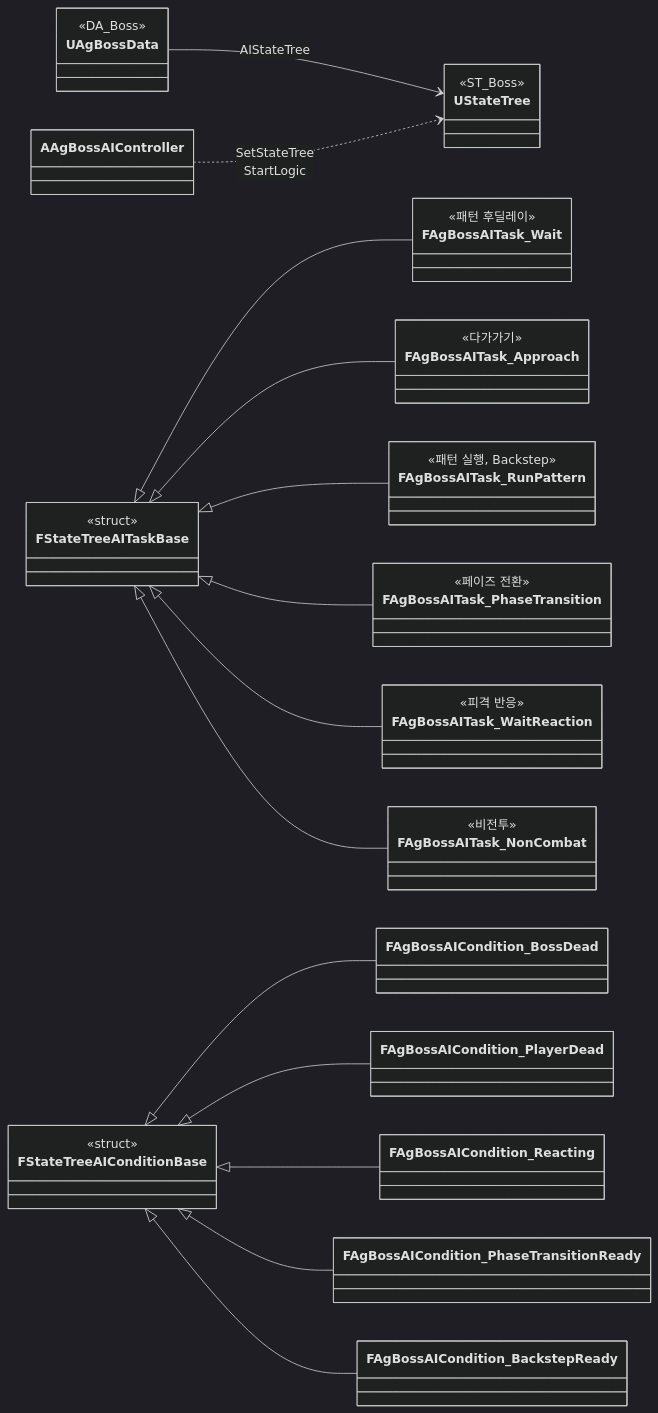
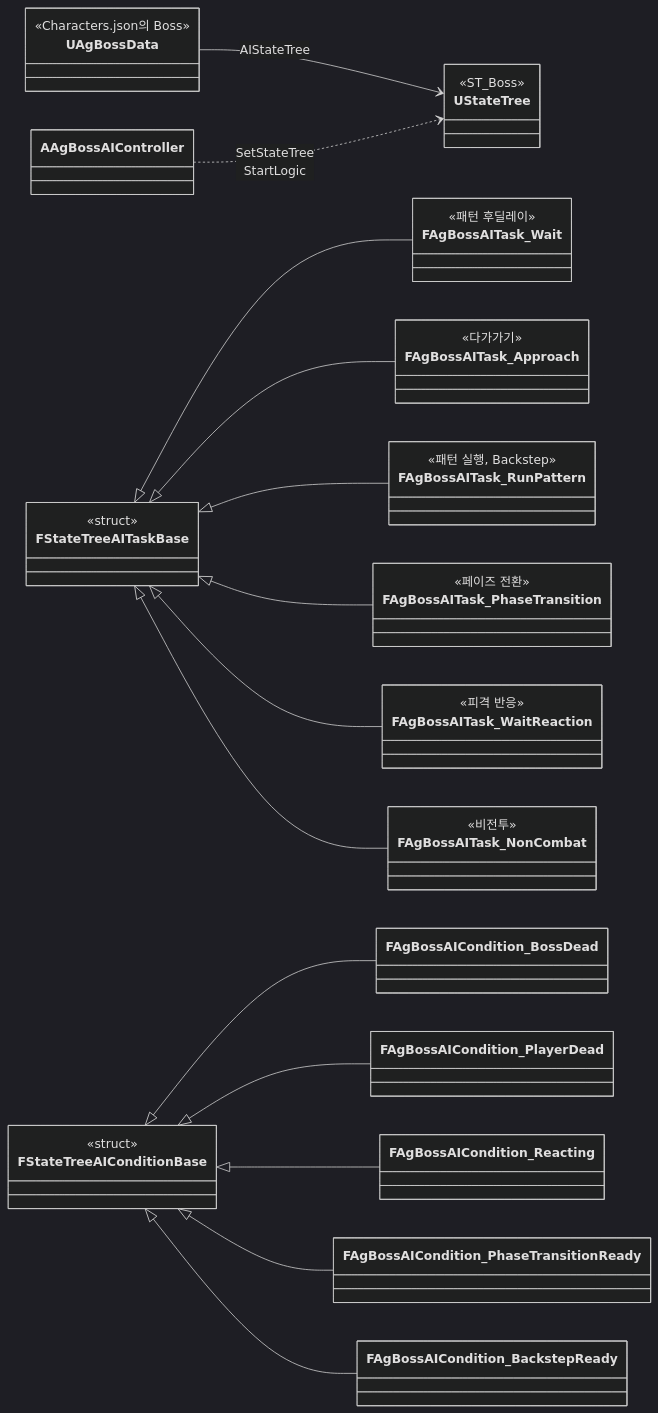
The first of 3 diagrams in Docs/Program/보스.md (Woogl/Ag), drawn with Mermaid (dark theme) before and after one commit. The commit also changed other lines of this file and 93 other files, not shown here.

````diff
--- a/Docs/Program/보스.md
+++ b/Docs/Program/보스.md
@@ -34,47 +34,47 @@
 ```mermaid
 classDiagram
     direction LR
     class UAgBossData {
-        <<DA_Boss>>
+        <<Characters.json의 Boss>>
     }
     class UStateTree {
         <<ST_Boss>>
     }
     class FStateTreeAITaskBase {
         <<struct>>
     }
     class FStateTreeAIConditionBase {
         <<struct>>
     }
     class FAgBossAITask_Wait {
         <<패턴 후딜레이>>
     }
     class FAgBossAITask_Approach {
         <<다가가기>>
     }
     class FAgBossAITask_RunPattern {
         <<패턴 실행, Backstep>>
     }
     class FAgBossAITask_PhaseTransition {
         <<페이즈 전환>>
     }
     class FAgBossAITask_WaitReaction {
         <<피격 반응>>
     }
     class FAgBossAITask_NonCombat {
         <<비전투>>
     }
     UAgBossData --> UStateTree : AIStateTree
     AAgBossAIController ..> UStateTree : SetStateTree<br>StartLogic
     FStateTreeAITaskBase <|-- FAgBossAITask_Wait
     FStateTreeAITaskBase <|-- FAgBossAITask_Approach
     FStateTreeAITaskBase <|-- FAgBossAITask_RunPattern
     FStateTreeAITaskBase <|-- FAgBossAITask_PhaseTransition
     FStateTreeAITaskBase <|-- FAgBossAITask_WaitReaction
     FStateTreeAITaskBase <|-- FAgBossAITask_NonCombat
     FStateTreeAIConditionBase <|-- FAgBossAICondition_BossDead
     FStateTreeAIConditionBase <|-- FAgBossAICondition_PlayerDead
     FStateTreeAIConditionBase <|-- FAgBossAICondition_Reacting
     FStateTreeAIConditionBase <|-- FAgBossAICondition_PhaseTransitionReady
     FStateTreeAIConditionBase <|-- FAgBossAICondition_BackstepReady
 ```
````
